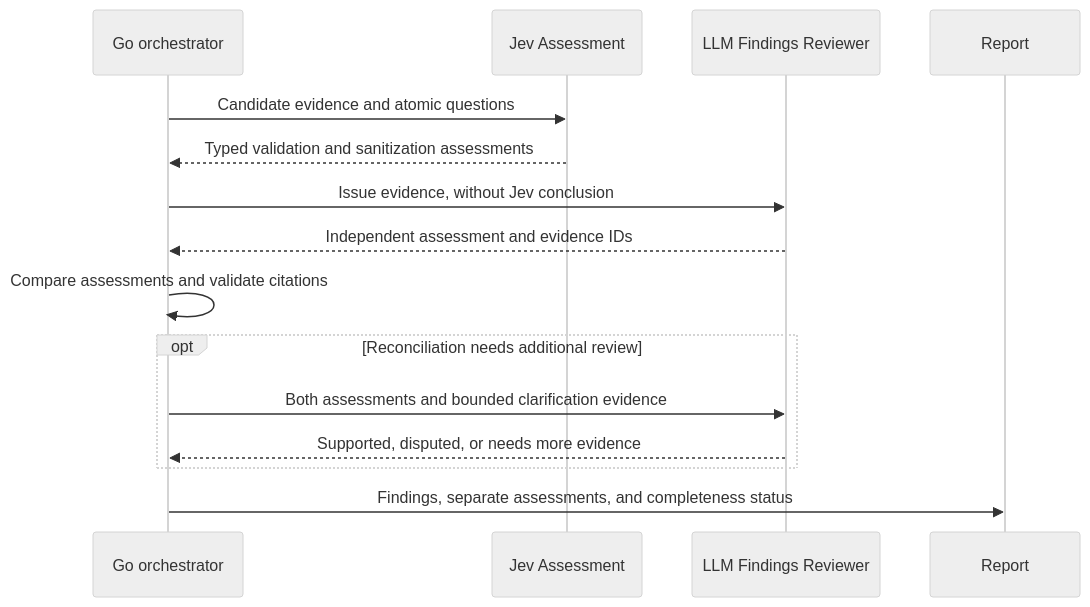
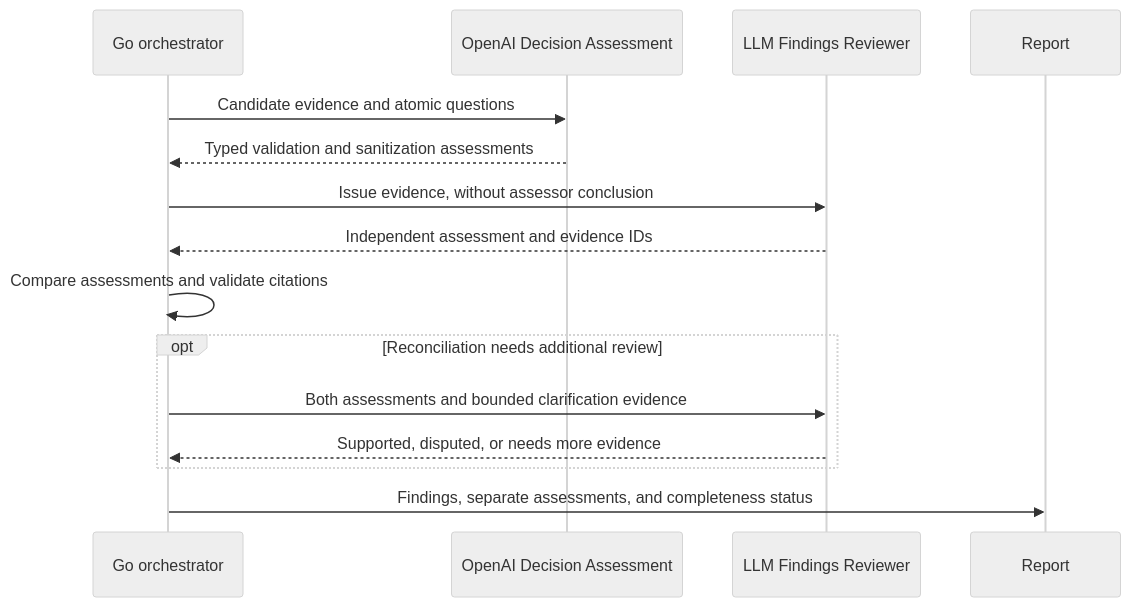
The third of 3 diagrams in .zazz/architecture.md (zazzcode/scan), drawn with Mermaid (neutral theme) before and after one commit. The commit also changed other lines of this file and 76 other files, not shown here.

Commit message:
[PARSE+GRAPH+REPORT+DOC] Add route string assessment and SARIF evidence

````diff
--- a/.zazz/architecture.md
+++ b/.zazz/architecture.md
@@ -277,17 +343,17 @@
 ```mermaid
 sequenceDiagram
     participant G as Go orchestrator
-    participant J as Jev Assessment
+    participant J as OpenAI Decision Assessment
     participant L as LLM Findings Reviewer
     participant R as Report
     G->>J: Candidate evidence and atomic questions
     J-->>G: Typed validation and sanitization assessments
-    G->>L: Issue evidence, without Jev conclusion
+    G->>L: Issue evidence, without assessor conclusion
     L-->>G: Independent assessment and evidence IDs
     G->>G: Compare assessments and validate citations
     opt Reconciliation needs additional review
         G->>L: Both assessments and bounded clarification evidence
         L-->>G: Supported, disputed, or needs more evidence
     end
     G->>R: Findings, separate assessments, and completeness status
 ```
````
